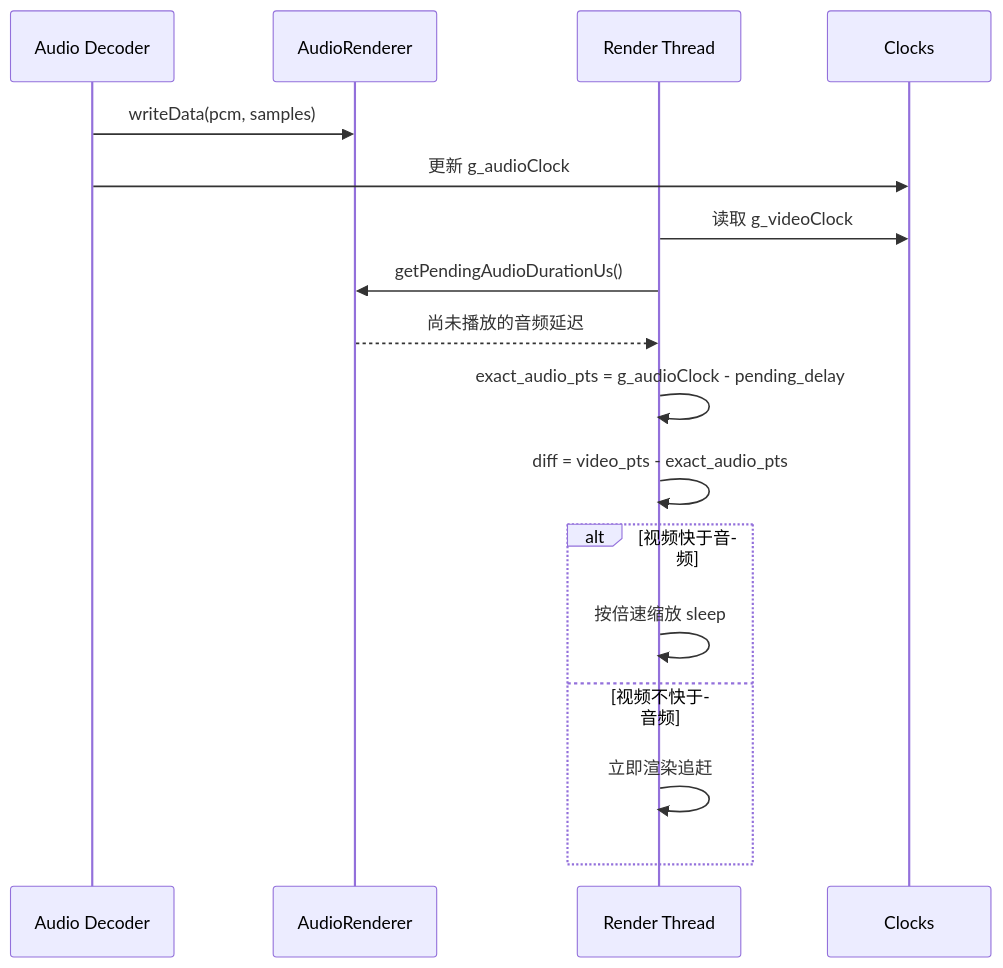
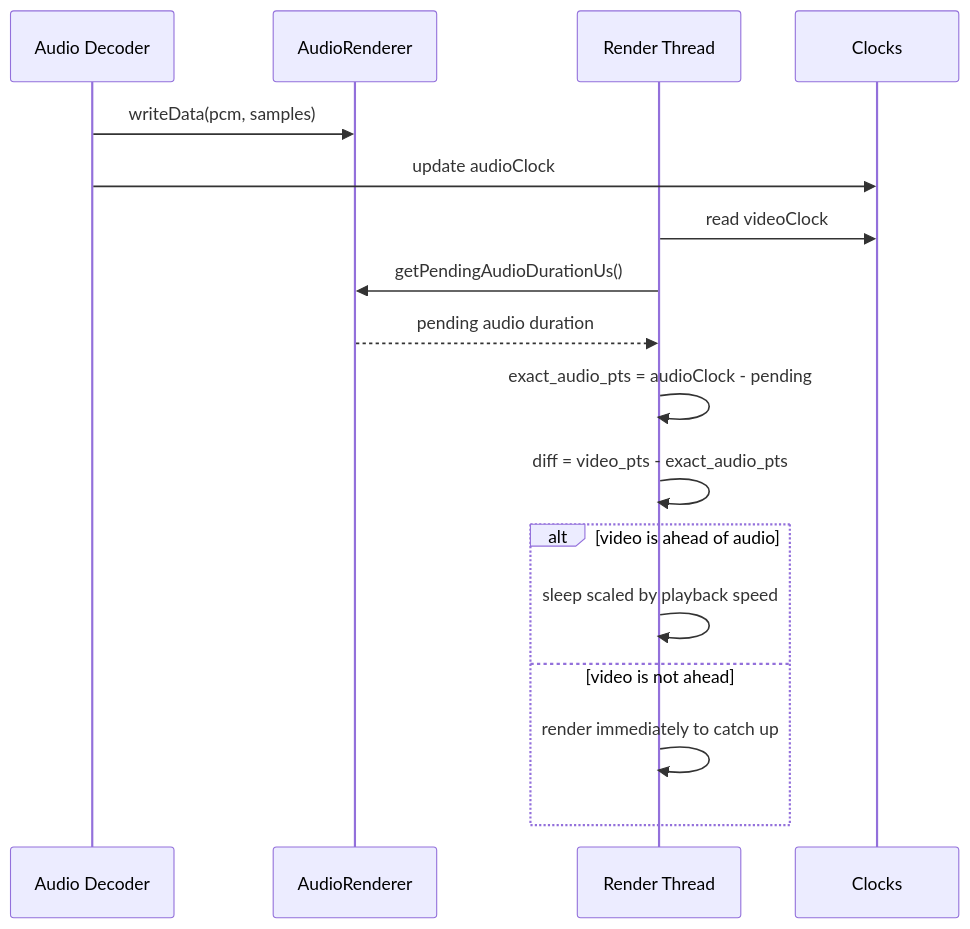
Before and after one commit to Skyline7190/VideoDecoder: the third of 6 diagrams in README.md, drawn with Mermaid. The commit also changed other lines of this file and 21 other files, not shown here.

````diff
--- a/README.md
+++ b/README.md
@@ -230,20 +253,20 @@
 ```mermaid
 sequenceDiagram
     participant A as Audio Decoder
     participant R as AudioRenderer
     participant V as Render Thread
     participant C as Clocks
-    
+
     A->>R: writeData(pcm, samples)
-    A->>C: 更新 g_audioClock
-    V->>C: 读取 g_videoClock
+    A->>C: update audioClock
+    V->>C: read videoClock
     V->>R: getPendingAudioDurationUs()
-    R-->>V: 尚未播放的音频延迟
-    V->>V: exact_audio_pts = g_audioClock - pending_delay
+    R-->>V: pending audio duration
+    V->>V: exact_audio_pts = audioClock - pending
     V->>V: diff = video_pts - exact_audio_pts
-    alt 视频快于音频
-        V->>V: 按倍速缩放 sleep
-    else 视频不快于音频
-        V->>V: 立即渲染追赶
+    alt video is ahead of audio
+        V->>V: sleep scaled by playback speed
+    else video is not ahead
+        V->>V: render immediately to catch up
     end
 ```
````
